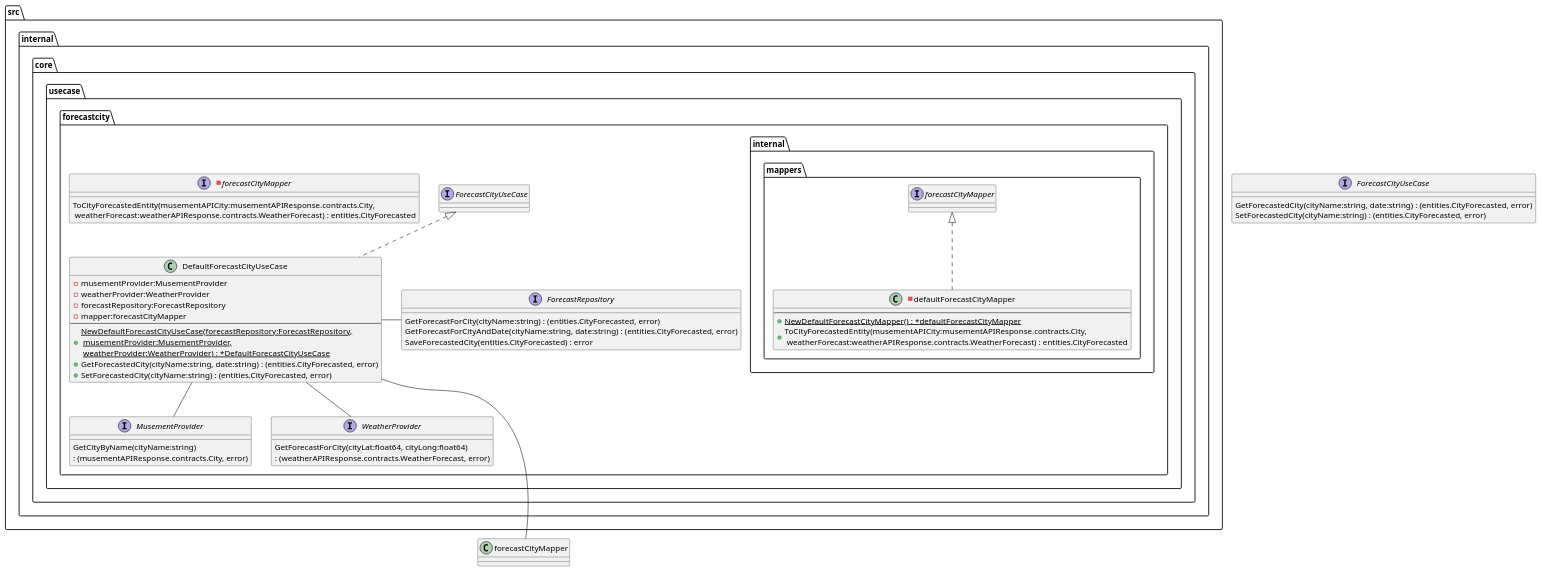
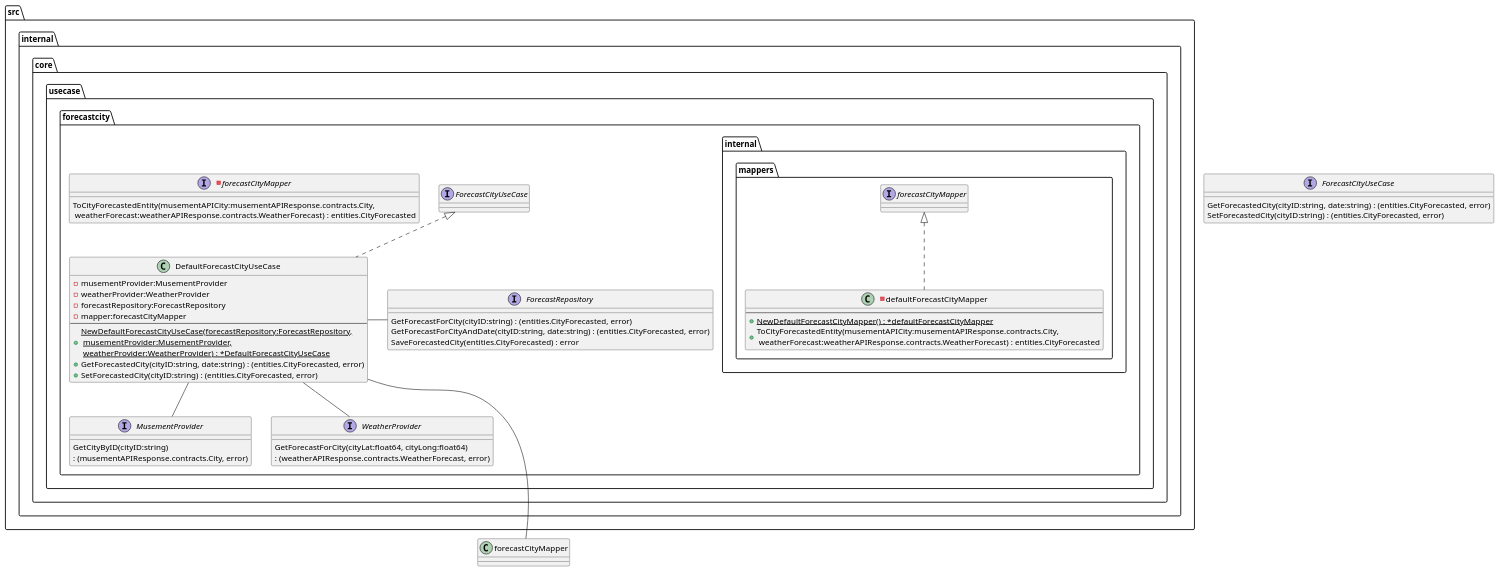
The diagram in docs/usecases/forecastcity/usecase/default_forecast_city_use_case_class.puml (micoyeye22/TUITechHomework), drawn with PlantUML before and after one commit. The commit also changed 7 other files, not shown here.

Commit message:
Added API design for setting and getting forecast for city

```diff
--- a/docs/usecases/forecastcity/usecase/default_forecast_city_use_case_class.puml
+++ b/docs/usecases/forecastcity/usecase/default_forecast_city_use_case_class.puml
@@ -1,52 +1,52 @@
 @startuml
 
 interface ForecastCityUseCase {
-    GetForecastedCity(cityName:string, date:string) : (entities.CityForecasted, error)
-    SetForecastedCity(cityName:string) : (entities.CityForecasted, error)
+    GetForecastedCity(cityID:string, date:string) : (entities.CityForecasted, error)
+    SetForecastedCity(cityID:string) : (entities.CityForecasted, error)
 }
 
 package "src.internal.core.usecase.forecastcity" {
     class DefaultForecastCityUseCase implements ForecastCityUseCase {
         - musementProvider:MusementProvider
         - weatherProvider:WeatherProvider
         - forecastRepository:ForecastRepository
         - mapper:forecastCityMapper
         ---
         + {static} NewDefaultForecastCityUseCase(forecastRepository:ForecastRepository,\n musementProvider:MusementProvider,\n weatherProvider:WeatherProvider) : *DefaultForecastCityUseCase
-        + GetForecastedCity(cityName:string, date:string) : (entities.CityForecasted, error)
-        + SetForecastedCity(cityName:string) : (entities.CityForecasted, error)
+        + GetForecastedCity(cityID:string, date:string) : (entities.CityForecasted, error)
+        + SetForecastedCity(cityID:string) : (entities.CityForecasted, error)
     }
 
     interface ForecastRepository {
-        GetForecastForCity(cityName:string) : (entities.CityForecasted, error)
-        GetForecastForCityAndDate(cityName:string, date:string) : (entities.CityForecasted, error)
+        GetForecastForCity(cityID:string) : (entities.CityForecasted, error)
+        GetForecastForCityAndDate(cityID:string, date:string) : (entities.CityForecasted, error)
         SaveForecastedCity(entities.CityForecasted) : error
     }
 
     interface MusementProvider {
-        GetCityByName(cityName:string) \n: (musementAPIResponse.contracts.City, error)
+        GetCityByID(cityID:string) \n: (musementAPIResponse.contracts.City, error)
     }
 
     interface WeatherProvider {
         GetForecastForCity(cityLat:float64, cityLong:float64) \n: (weatherAPIResponse.contracts.WeatherForecast, error)
     }
 
     -interface forecastCityMapper {
         ToCityForecastedEntity(musementAPICity:musementAPIResponse.contracts.City,\n weatherForecast:weatherAPIResponse.contracts.WeatherForecast) : entities.CityForecasted
     }
 
     package "internal.mappers" {
         -class defaultForecastCityMapper implements forecastCityMapper {
             ---
             + {static} NewDefaultForecastCityMapper() : *defaultForecastCityMapper
             + ToCityForecastedEntity(musementAPICity:musementAPIResponse.contracts.City,\n weatherForecast:weatherAPIResponse.contracts.WeatherForecast) : entities.CityForecasted
         }
     }
 }
 
 DefaultForecastCityUseCase - ForecastRepository
 DefaultForecastCityUseCase -- MusementProvider
 DefaultForecastCityUseCase -- WeatherProvider
 DefaultForecastCityUseCase --- forecastCityMapper
 
 @enduml
```
